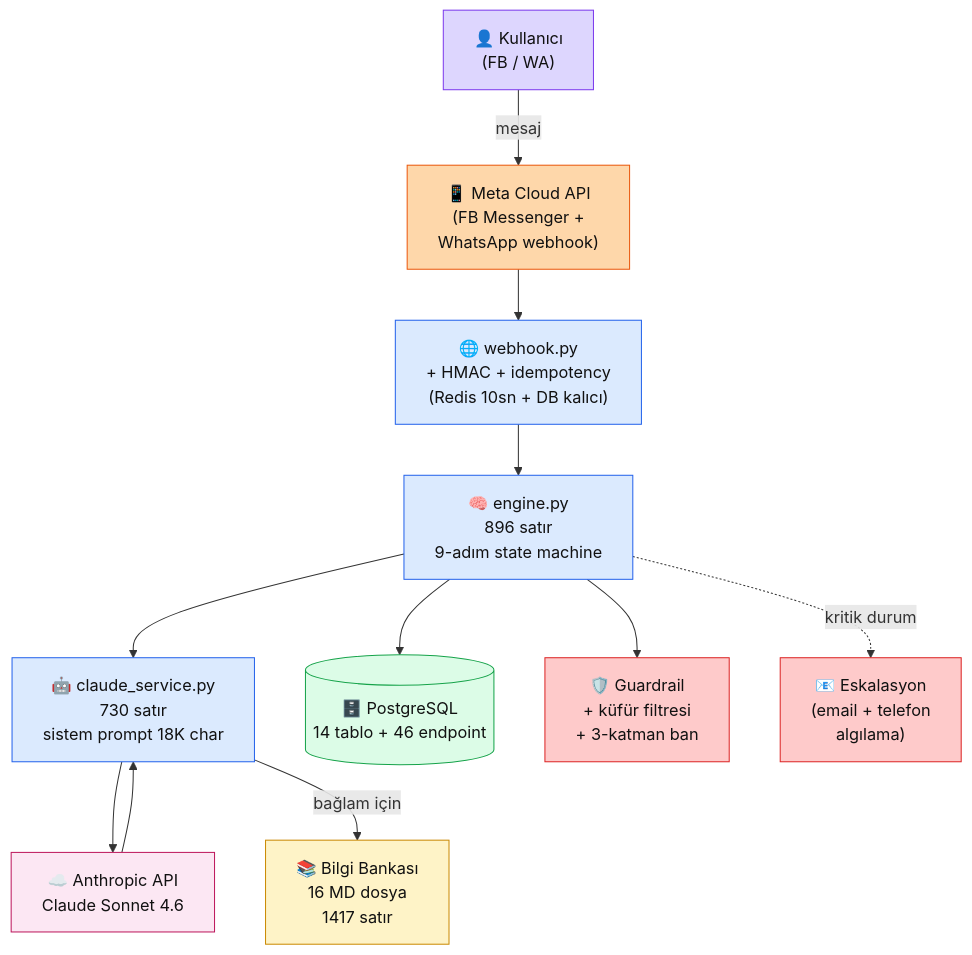
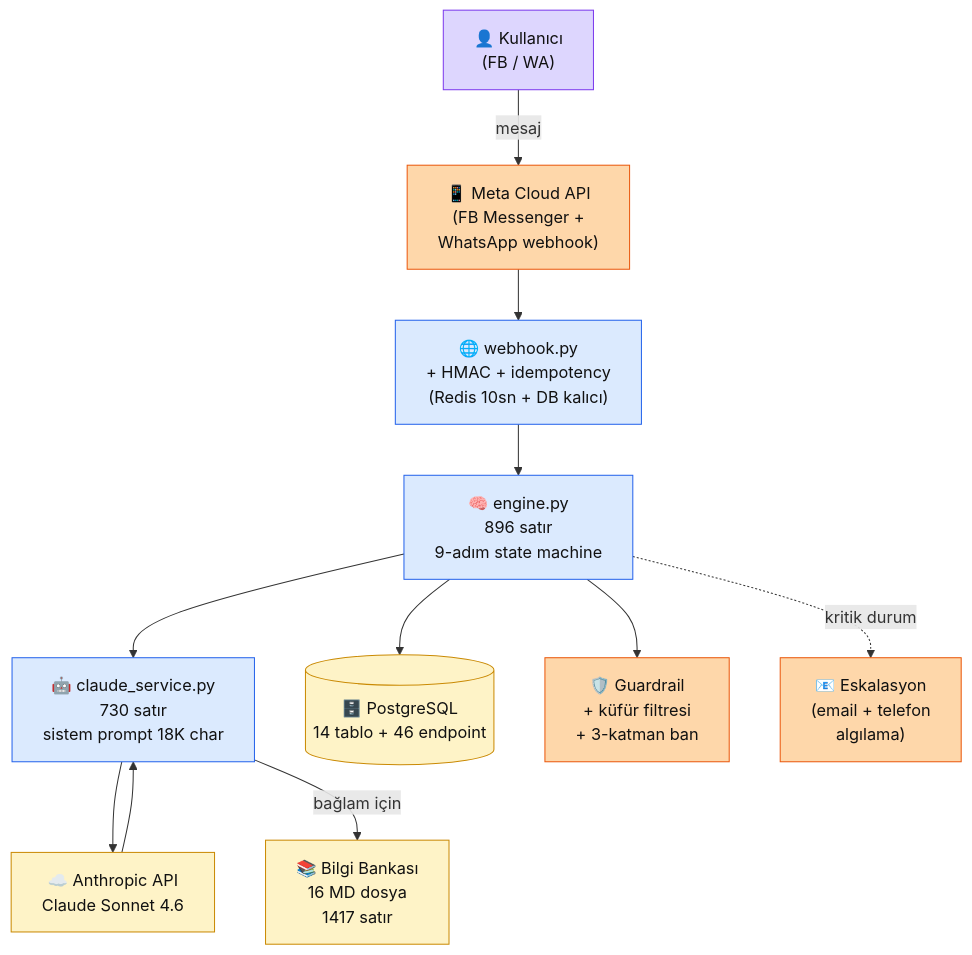
The diagram in docs/bolum-4/08-production.md (KemalG-u/muhendisal-platform), drawn with Mermaid before and after one commit. The commit also changed other lines of this file and 8 other files, not shown here.

````diff
--- a/docs/bolum-4/08-production.md
+++ b/docs/bolum-4/08-production.md
@@ -41,35 +42,35 @@
 ```mermaid
 flowchart TB
   U["👤 Kullanıcı\n(FB / WA)"]
   META["📱 Meta Cloud API\n(FB Messenger +\nWhatsApp webhook)"]
   WB["🌐 webhook.py\n+ HMAC + idempotency\n(Redis 10sn + DB kalıcı)"]
   EN["🧠 engine.py\n896 satır\n9-adım state machine"]
   CS["🤖 claude_service.py\n730 satır\nsistem prompt 18K char"]
   CLAUDE["☁️ Anthropic API\nClaude Sonnet 4.6"]
   KB["📚 Bilgi Bankası\n16 MD dosya\n1417 satır"]
   DB[("🗄️ PostgreSQL\n14 tablo + 46 endpoint")]
   GR["🛡️ Guardrail\n+ küfür filtresi\n+ 3-katman ban"]
   ESC["📧 Eskalasyon\n(email + telefon\nalgılama)"]
 
   U -->|mesaj| META --> WB --> EN
   EN --> GR
   EN --> CS --> CLAUDE --> CS
   CS -->|bağlam için| KB
   EN --> DB
   EN -.kritik durum.-> ESC
 
   classDef kul fill:#ddd6fe,stroke:#7c3aed,color:#111
   classDef platform fill:#fed7aa,stroke:#ea580c,color:#111
   classDef kod fill:#dbeafe,stroke:#2563eb,color:#111
-  classDef llm fill:#fce7f3,stroke:#be185d,color:#111
+  classDef llm fill:#fef3c7,stroke:#ca8a04,color:#111
   classDef veri fill:#fef3c7,stroke:#ca8a04,color:#111
-  classDef db fill:#dcfce7,stroke:#16a34a,color:#111
-  classDef guv fill:#fecaca,stroke:#dc2626,color:#111
+  classDef db fill:#fef3c7,stroke:#ca8a04,color:#111
+  classDef guv fill:#fed7aa,stroke:#ea580c,color:#111
   class U kul
   class META platform
   class WB,EN,CS kod
   class CLAUDE llm
   class KB veri
   class DB db
   class GR,ESC guv
 ```
````
